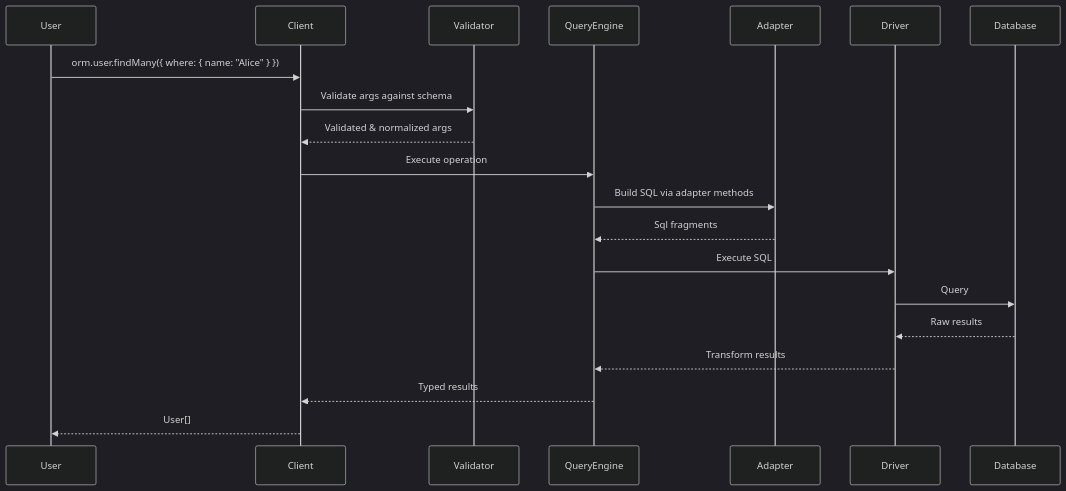
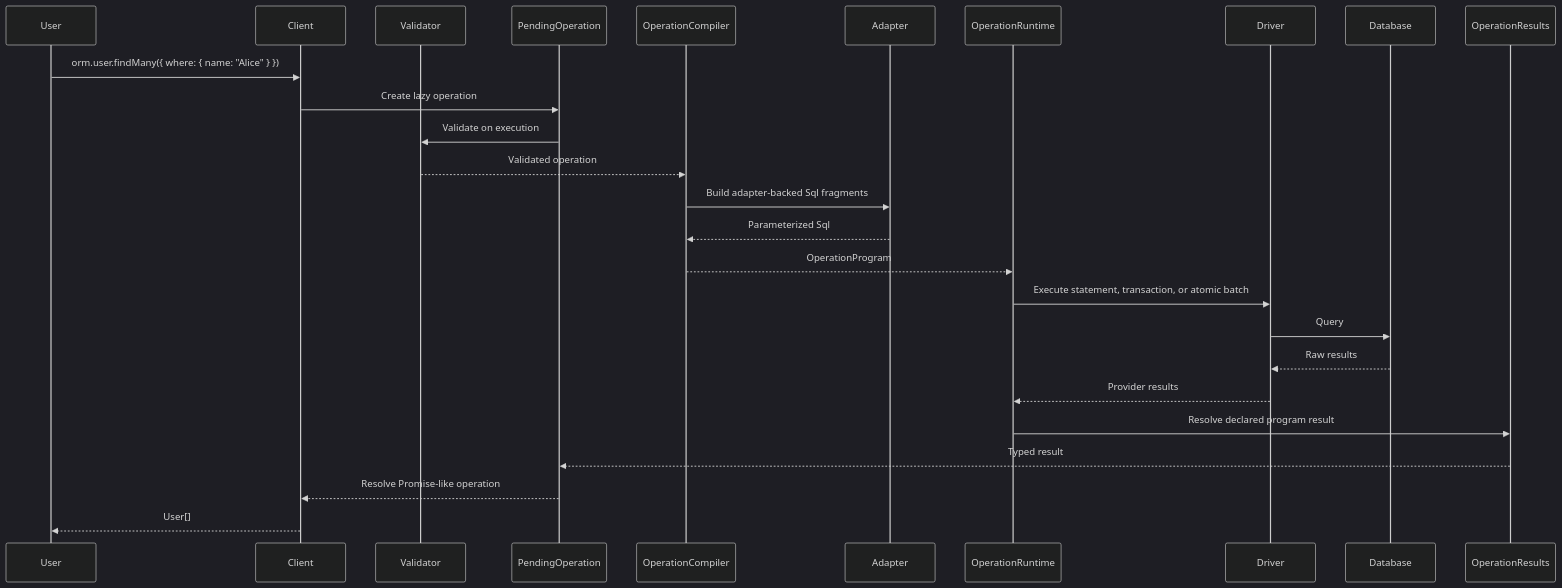
Before and after one commit to beynar/viborm: the diagram in docs/content/docs/internals/architecture.mdx, drawn with Mermaid (dark theme). The commit also changed other lines of this file and 390 other files, not shown here.

First line of the commit message:
feat(query-engine): V1 operation-program engine — the frozen migration baseline

````diff
--- a/docs/content/docs/internals/architecture.mdx
+++ b/docs/content/docs/internals/architecture.mdx
@@ -90,23 +90,29 @@
 ```mermaid
 sequenceDiagram
     participant U as User
     participant C as Client
     participant V as Validator
-    participant Q as QueryEngine
+    participant P as PendingOperation
+    participant Q as OperationCompiler
     participant A as Adapter
+    participant R as OperationRuntime
     participant D as Driver
     participant DB as Database
+    participant O as OperationResults
 
     U->>C: orm.user.findMany({ where: { name: "Alice" } })
-    C->>V: Validate args against schema
-    V-->>C: Validated & normalized args
-    C->>Q: Execute operation
-    Q->>A: Build SQL via adapter methods
-    A-->>Q: Sql fragments
-    Q->>D: Execute SQL
+    C->>P: Create lazy operation
+    P->>V: Validate on execution
+    V-->>Q: Validated operation
+    Q->>A: Build adapter-backed Sql fragments
+    A-->>Q: Parameterized Sql
+    Q-->>R: OperationProgram
+    R->>D: Execute statement, transaction, or atomic batch
     D->>DB: Query
     DB-->>D: Raw results
-    D-->>Q: Transform results
-    Q-->>C: Typed results
+    D-->>R: Provider results
+    R->>O: Resolve declared program result
+    O-->>P: Typed result
+    P-->>C: Resolve Promise-like operation
     C-->>U: User[]
 ```
````
